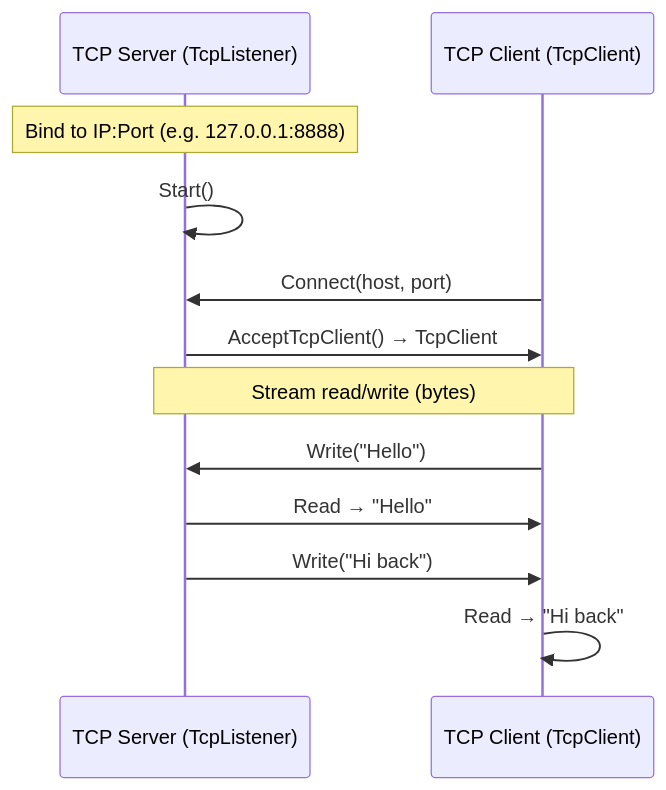
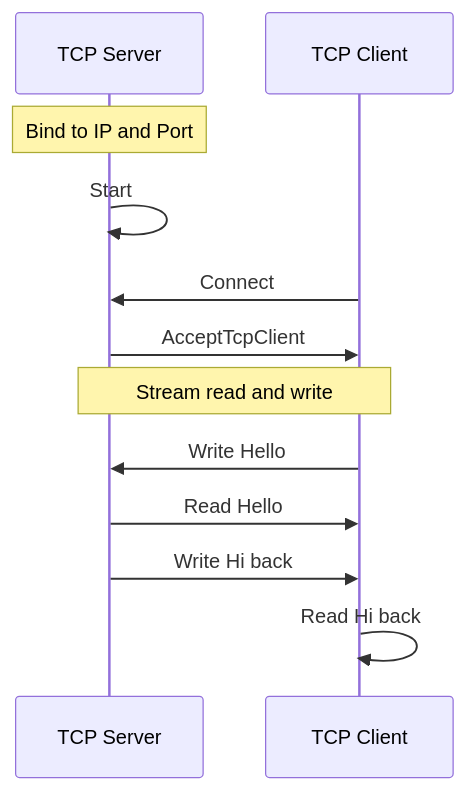
Before and after one commit to sridharpolepalli/dotnet-learn: the fourth of 19 diagrams in ASP.NET-Core-Network-HTTP-Guide.md, drawn with Mermaid. The commit also changed other lines of this file and 1 other file, not shown here.

Commit message:
fixing the mermaid issues

````diff
--- a/ASP.NET-Core-Network-HTTP-Guide.md
+++ b/ASP.NET-Core-Network-HTTP-Guide.md
@@ -206,15 +206,15 @@
 ```mermaid
 sequenceDiagram
-    participant Server as TCP Server (TcpListener)
-    participant Client as TCP Client (TcpClient)
+    participant Server as TCP Server
+    participant Client as TCP Client
 
-    Note over Server: Bind to IP:Port (e.g. 127.0.0.1:8888)
-    Server->>Server: Start()
-    Client->>Server: Connect(host, port)
-    Server->>Client: AcceptTcpClient() → TcpClient
-    Note over Server,Client: Stream read/write (bytes)
-    Client->>Server: Write("Hello")
-    Server->>Client: Read → "Hello"
-    Server->>Client: Write("Hi back")
-    Client->>Client: Read → "Hi back"
+    Note over Server: Bind to IP and Port
+    Server->>Server: Start
+    Client->>Server: Connect
+    Server->>Client: AcceptTcpClient
+    Note over Server,Client: Stream read and write
+    Client->>Server: Write Hello
+    Server->>Client: Read Hello
+    Server->>Client: Write Hi back
+    Client->>Client: Read Hi back
 ```
````
